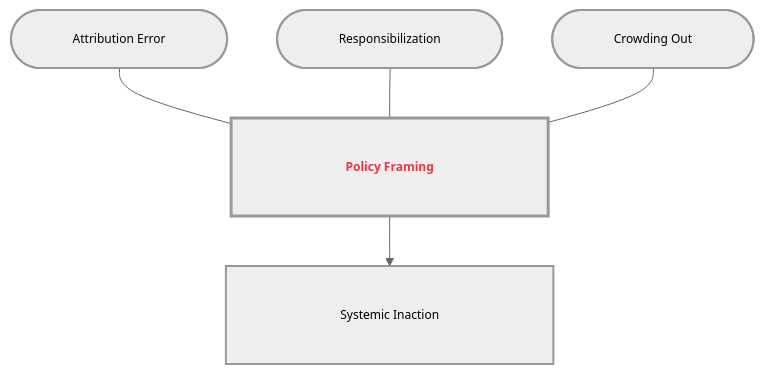
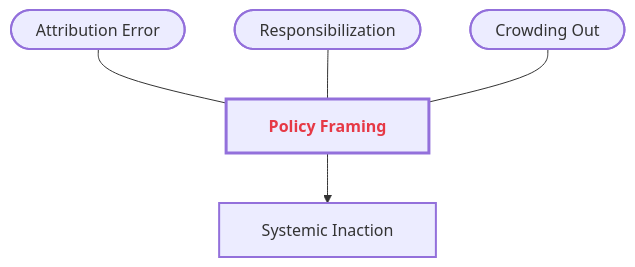
The sixth of 8 diagrams in Communication_Influence/Mastery_Guide_SOW_BS033.md (GM024/CourseSummaries), drawn with Mermaid before and after one commit. The commit also changed other lines of this file, not shown here.

Commit message:
GitHub Native Alignment: Synced font stack and typography for perfect clipping-free fit

````diff
--- a/Communication_Influence/Mastery_Guide_SOW_BS033.md
+++ b/Communication_Influence/Mastery_Guide_SOW_BS033.md
@@ -194,14 +198,14 @@
 ```mermaid
-%%{init: { 'flowchart': { 'padding': 40, 'useMaxWidth': false, 'htmlLabels': true }, 'theme': 'neutral', 'themeVariables': { 'fontSize': '12px' }}}%%
+%%{init: { 'flowchart': { 'padding': 20, 'nodeSpacing': 50, 'rankSpacing': 50, 'useMaxWidth': false }, 'theme': 'neutral', 'themeVariables': { 'fontSize': '14px', 'fontFamily': '-apple-system,BlinkMacSystemFont,"Segoe UI",Helvetica,Arial,sans-serif' }}}%%
 graph TD
     classDef sandbox stroke-width:2px;
     classDef hub stroke-width:3px,font-weight:bold;
 
-    Hub["&nbsp;&nbsp;&nbsp;&nbsp;&nbsp;&nbsp;&nbsp;&nbsp;&nbsp;&nbsp; <span style='color:#e63946'><b>Policy Framing</b></span> &nbsp;&nbsp;&nbsp;&nbsp;&nbsp;&nbsp;&nbsp;&nbsp;&nbsp;&nbsp;"]:::hub
+    Hub["&nbsp;&nbsp; <span style='color:#e63946'><b>Policy Framing</b></span> &nbsp;&nbsp;"]:::hub
     
-    S1(["&nbsp;&nbsp;&nbsp;&nbsp;&nbsp;&nbsp;&nbsp;&nbsp;&nbsp;&nbsp; Attribution Error &nbsp;&nbsp;&nbsp;&nbsp;&nbsp;&nbsp;&nbsp;&nbsp;&nbsp;&nbsp;"]):::sandbox --- Hub
-    S2(["&nbsp;&nbsp;&nbsp;&nbsp;&nbsp;&nbsp;&nbsp;&nbsp;&nbsp;&nbsp; Responsibilization &nbsp;&nbsp;&nbsp;&nbsp;&nbsp;&nbsp;&nbsp;&nbsp;&nbsp;&nbsp;"]):::sandbox --- Hub
-    S3(["&nbsp;&nbsp;&nbsp;&nbsp;&nbsp;&nbsp;&nbsp;&nbsp;&nbsp;&nbsp; Crowding Out &nbsp;&nbsp;&nbsp;&nbsp;&nbsp;&nbsp;&nbsp;&nbsp;&nbsp;&nbsp;"]):::sandbox --- Hub
+    S1(["&nbsp;&nbsp; Attribution Error &nbsp;&nbsp;"]):::sandbox --- Hub
+    S2(["&nbsp;&nbsp; Responsibilization &nbsp;&nbsp;"]):::sandbox --- Hub
+    S3(["&nbsp;&nbsp; Crowding Out &nbsp;&nbsp;"]):::sandbox --- Hub
     
-    Hub --> B1["&nbsp;&nbsp;&nbsp;&nbsp;&nbsp;&nbsp;&nbsp;&nbsp;&nbsp;&nbsp; Systemic Inaction &nbsp;&nbsp;&nbsp;&nbsp;&nbsp;&nbsp;&nbsp;&nbsp;&nbsp;&nbsp;"]:::sandbox
+    Hub --> B1["&nbsp;&nbsp; Systemic Inaction &nbsp;&nbsp;"]:::sandbox
 ```
````
